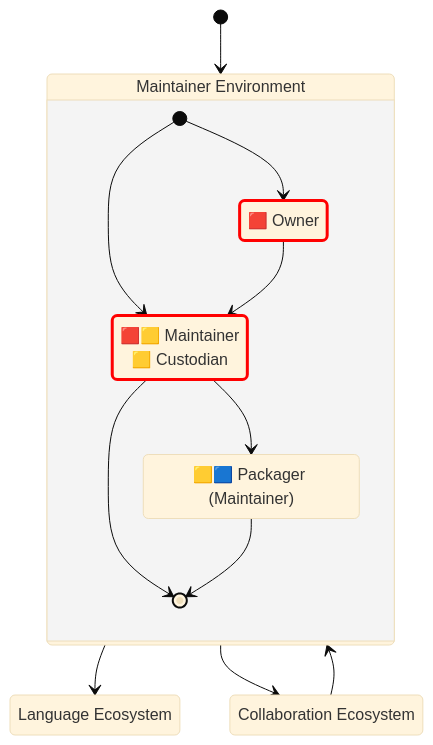
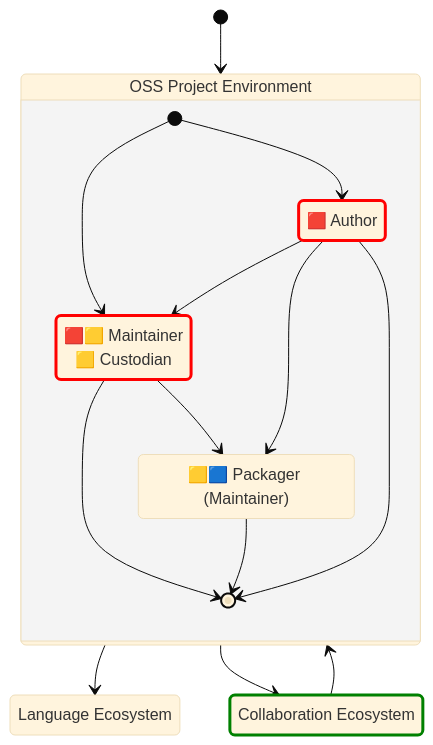
The fourth of 5 diagrams in docs/supplychain-sbom.md (CPAN-Security/security.metacpan.org), drawn with Mermaid (base theme) before and after one commit. The commit also changed other lines of this file, not shown here.

First line of the commit message:
Many improvements to the SBOM-Supply-chain doc!

````diff
--- a/docs/supplychain-sbom.md
+++ b/docs/supplychain-sbom.md
@@ -445,46 +445,50 @@
 ```mermaid
 stateDiagram-v2
     direction TB
     accTitle: An Idealized Open Source Supply-chain Graph
     %%accDescr: This graph illustrates how different types of development environments and ecosystems interconnect, what kind of roles you may find in these, and what type of metadata operations they may care to do
 
     %%
     classDef createsSBOM stroke:red,stroke-width:3px;
-    classDef updatesSBOM stroke:yellow,stroke-width:3px,stroke-dasharray:15 5;
-    classDef assemblesSBOM stroke:yellow,stroke-width:3px;
+    classDef assemblesSBOM stroke:yellow,stroke-width:3px,stroke-dasharray:15 5;
+    classDef updatesSBOM stroke:yellow,stroke-width:3px;
     classDef distributesSBOM stroke:green,stroke-width:3px;
     classDef verifiesSBOM stroke:#07f,stroke-width:3px;
     classDef censorsSBOM stroke:#07f,stroke-width:3px;
     classDef ignoresSBOM stroke:#777,stroke-width:3px;
 
-    %% Maintainer Environment
-    state "🟥 Owner" as maintainer_owner
-    state "🟥🟨 Maintainer<br>🟨 Custodian" as maintainer_author
+    %% OSS Project Environment
+    state "🟥 Author" as opensource_author
+    state "🟥🟨 Maintainer<br>🟨 Custodian" as opensource_maintainer
     state "🟨🟦 Packager (Maintainer)" as language_packager
     %%
-    state "Maintainer Environment" as environment_maintainer {
-        [*] --> maintainer_author
-        [*] --> maintainer_owner
-        maintainer_owner  --> maintainer_author
-        maintainer_author --> language_packager
-        maintainer_author --> [*]
+    state "OSS Project Environment" as environment_opensource {
+        [*] --> opensource_author
+        [*] --> opensource_maintainer
+        opensource_author  --> opensource_maintainer
+        opensource_maintainer --> language_packager
+        opensource_author --> language_packager
+        opensource_maintainer --> [*]
         language_packager --> [*]
+        opensource_author --> [*]
     }
     %%
-    class maintainer_owner createsSBOM
-    class maintainer_author createsSBOM
+    class opensource_author createsSBOM
+    class opensource_maintainer createsSBOM
+    class ecosystem_repo distributesSBOM
+    class ecosystem_language updatesSBOM
 
-    [*] --> environment_maintainer
+    [*] --> environment_opensource
 
     %% Language Ecosystem
     state "Language Ecosystem" as ecosystem_lang
-    environment_maintainer --> ecosystem_lang
+    environment_opensource --> ecosystem_lang
 
     %% Collaboration Ecosystem
     state "Collaboration Ecosystem" as ecosystem_repo
-    environment_maintainer --> ecosystem_repo
-    ecosystem_repo         --> environment_maintainer
+    environment_opensource --> ecosystem_repo
+    ecosystem_repo         --> environment_opensource
 
     %% Copyright © 2024 Salve J. Nilsen <sjn@oslo.pm>
     %% Some rights reserved. Licensed CC-BY-SA-4.0
 ```
````
